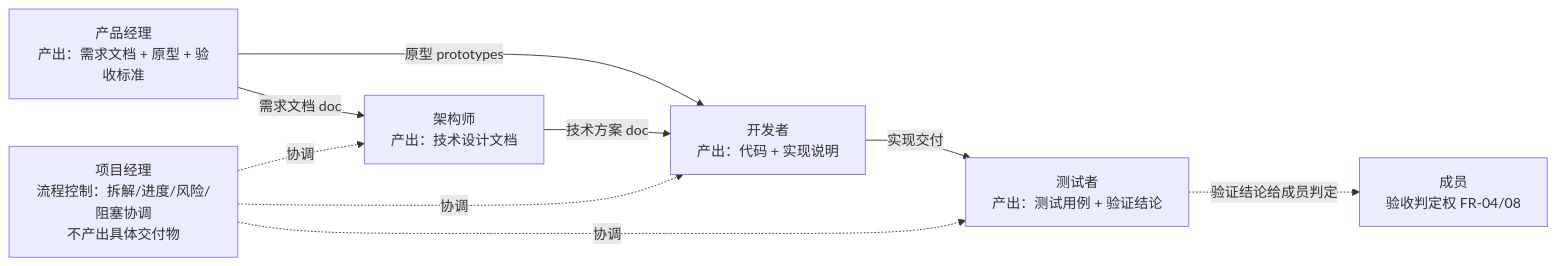
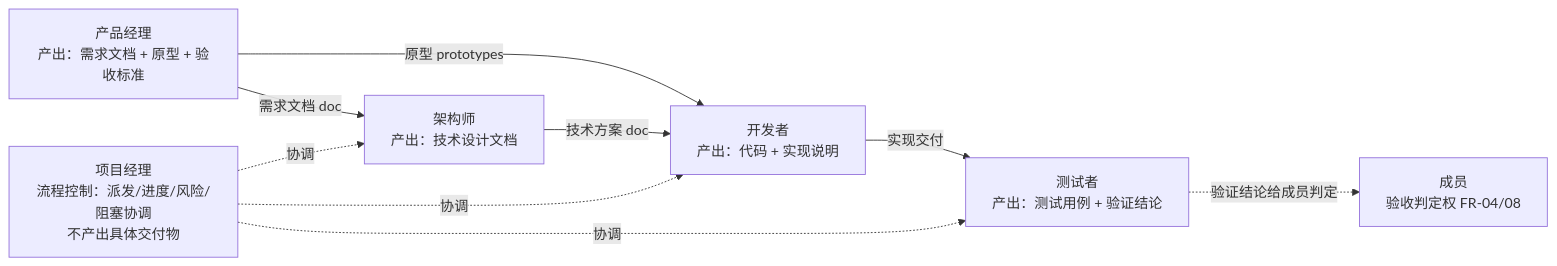
One commit to guolong123/vteam changed the diagram in docs/agent-platform/16-内置Agent角色与提示词库.md. Above: the diagram before and after it, drawn with Mermaid. The commit also changed other lines of this file and 10 other files, not shown here.

````diff
--- a/docs/agent-platform/16-内置Agent角色与提示词库.md
+++ b/docs/agent-platform/16-内置Agent角色与提示词库.md
@@ -89,11 +89,11 @@
 ```mermaid
 flowchart LR
     PM[产品经理<br/>产出：需求文档 + 原型 + 验收标准] -->|需求文档 doc| ARC[架构师<br/>产出：技术设计文档]
     PM -->|原型 prototypes| DEV[开发者<br/>产出：代码 + 实现说明]
     ARC -->|技术方案 doc| DEV
     DEV -->|实现交付| QA[测试者<br/>产出：测试用例 + 验证结论]
     QA -.验证结论给成员判定.-> MEM[成员<br/>验收判定权 FR-04/08]
-    PROJM[项目经理<br/>流程控制：拆解/进度/风险/阻塞协调<br/>不产出具体交付物] -.协调.-> ARC
+    PROJM[项目经理<br/>流程控制：派发/进度/风险/阻塞协调<br/>不产出具体交付物] -.协调.-> ARC
     PROJM -.协调.-> DEV
     PROJM -.协调.-> QA
 ```
````
